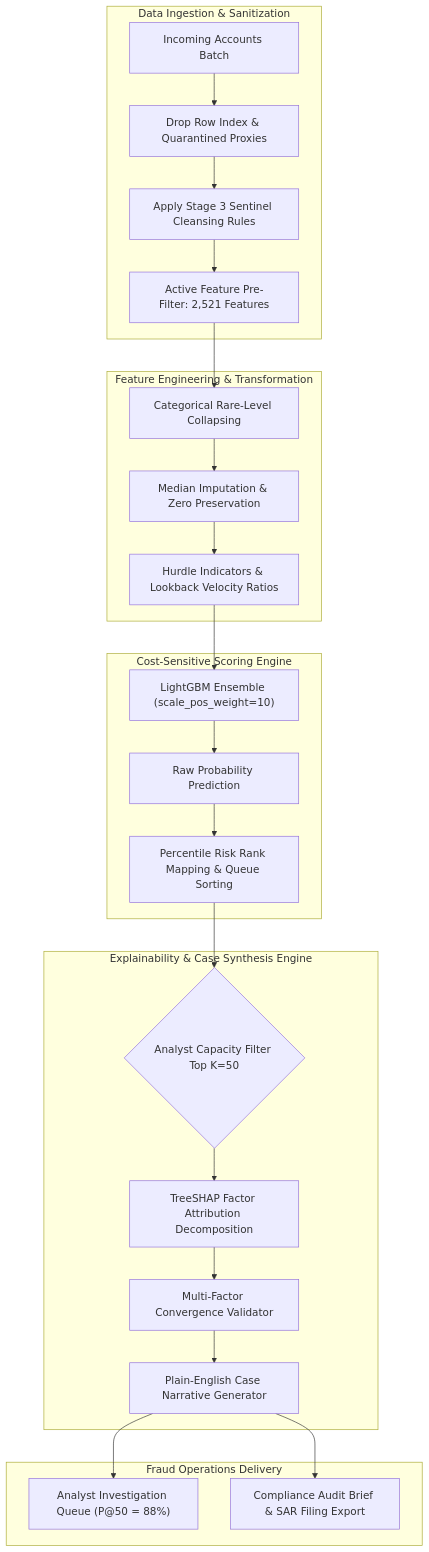
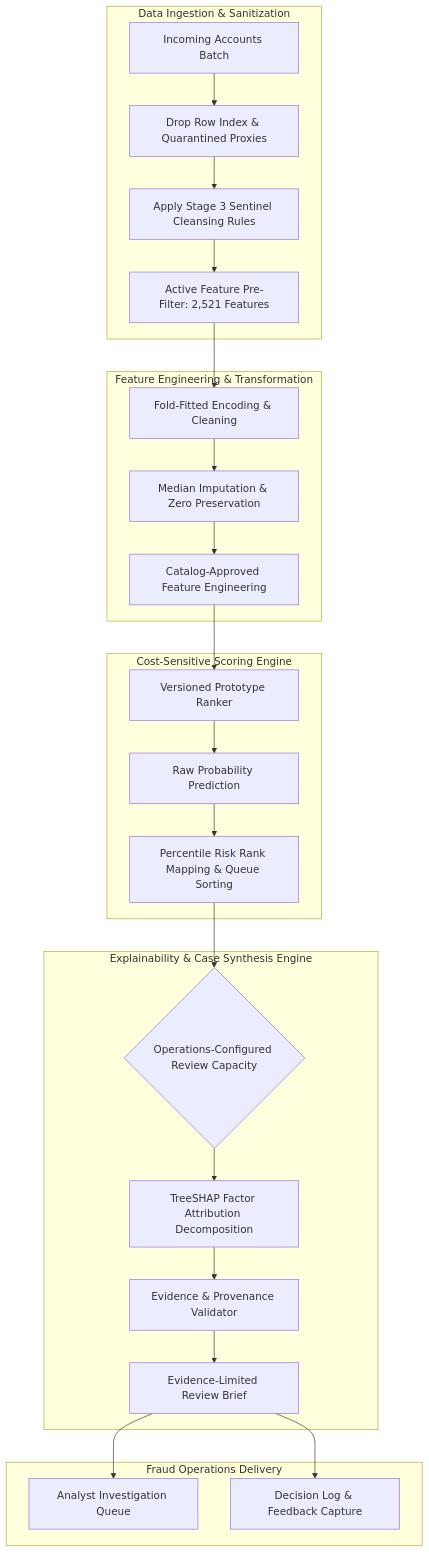
The diagram in eda/08_eda_to_design_decisions.md (isthatrecursion/Mule-Account-Detection), drawn with Mermaid before and after one commit. The commit also changed other lines of this file and 19 other files, not shown here.

Commit message:
feat: add architecture blueprints, pre-architecture verification audit, and aligned eda documentation

````diff
--- a/eda/08_eda_to_design_decisions.md
+++ b/eda/08_eda_to_design_decisions.md
@@ -83,32 +83,32 @@
 ```mermaid
 flowchart TD
     subgraph Data Ingestion & Sanitization
         A[Incoming Accounts Batch] --> B[Drop Row Index & Quarantined Proxies]
         B --> C[Apply Stage 3 Sentinel Cleansing Rules]
         C --> D[Active Feature Pre-Filter: 2,521 Features]
     end
 
     subgraph Feature Engineering & Transformation
-        D --> E[Categorical Rare-Level Collapsing]
+        D --> E[Fold-Fitted Encoding & Cleaning]
         E --> F[Median Imputation & Zero Preservation]
-        F --> G[Hurdle Indicators & Lookback Velocity Ratios]
+        F --> G[Catalog-Approved Feature Engineering]
     end
 
     subgraph Cost-Sensitive Scoring Engine
-        G --> H["LightGBM Ensemble (scale_pos_weight=10)"]
+        G --> H["Versioned Prototype Ranker"]
         H --> I[Raw Probability Prediction]
         I --> J[Percentile Risk Rank Mapping & Queue Sorting]
     end
 
     subgraph Explainability & Case Synthesis Engine
-        J --> K{Analyst Capacity Filter Top K=50}
+        J --> K{Operations-Configured Review Capacity}
         K --> L[TreeSHAP Factor Attribution Decomposition]
-        L --> M[Multi-Factor Convergence Validator]
-        M --> N[Plain-English Case Narrative Generator]
+        L --> M[Evidence & Provenance Validator]
+        M --> N[Evidence-Limited Review Brief]
     end
 
     subgraph Fraud Operations Delivery
-        N --> O["Analyst Investigation Queue (P@50 = 88%)"]
-        N --> P["Compliance Audit Brief & SAR Filing Export"]
+        N --> O[Analyst Investigation Queue]
+        N --> P[Decision Log & Feedback Capture]
     end
 ```
````
